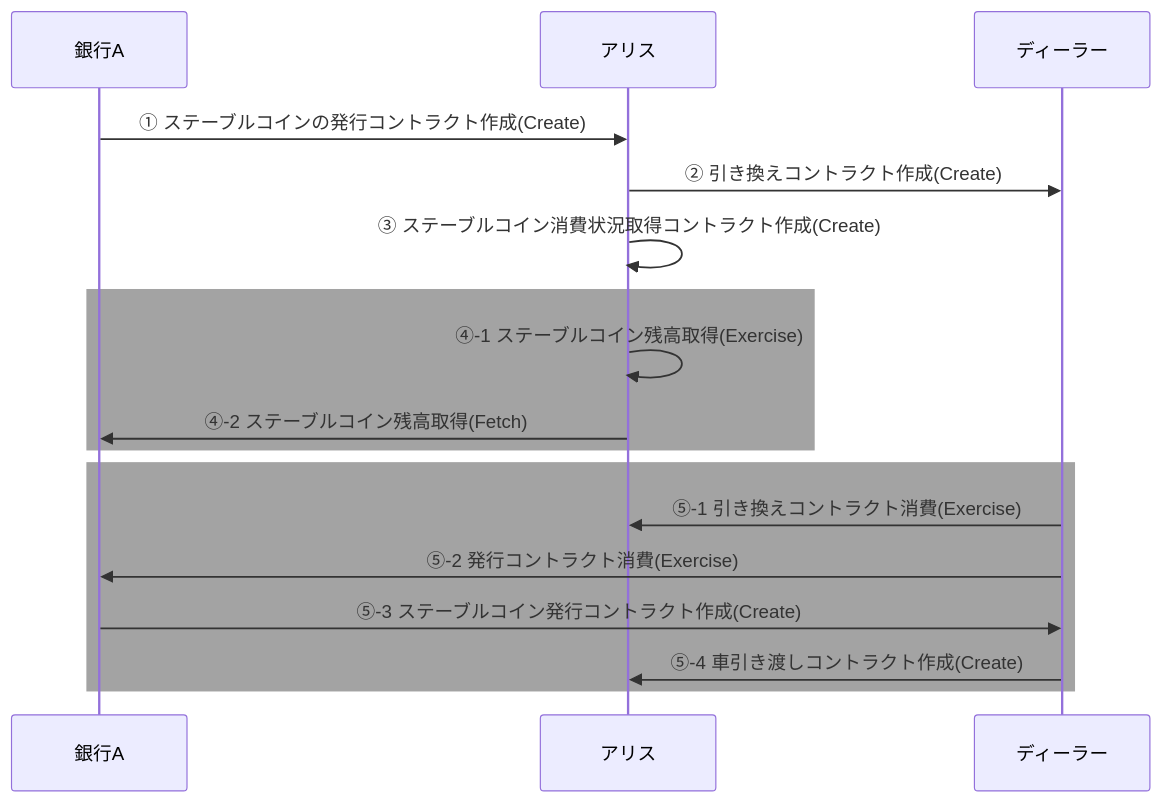
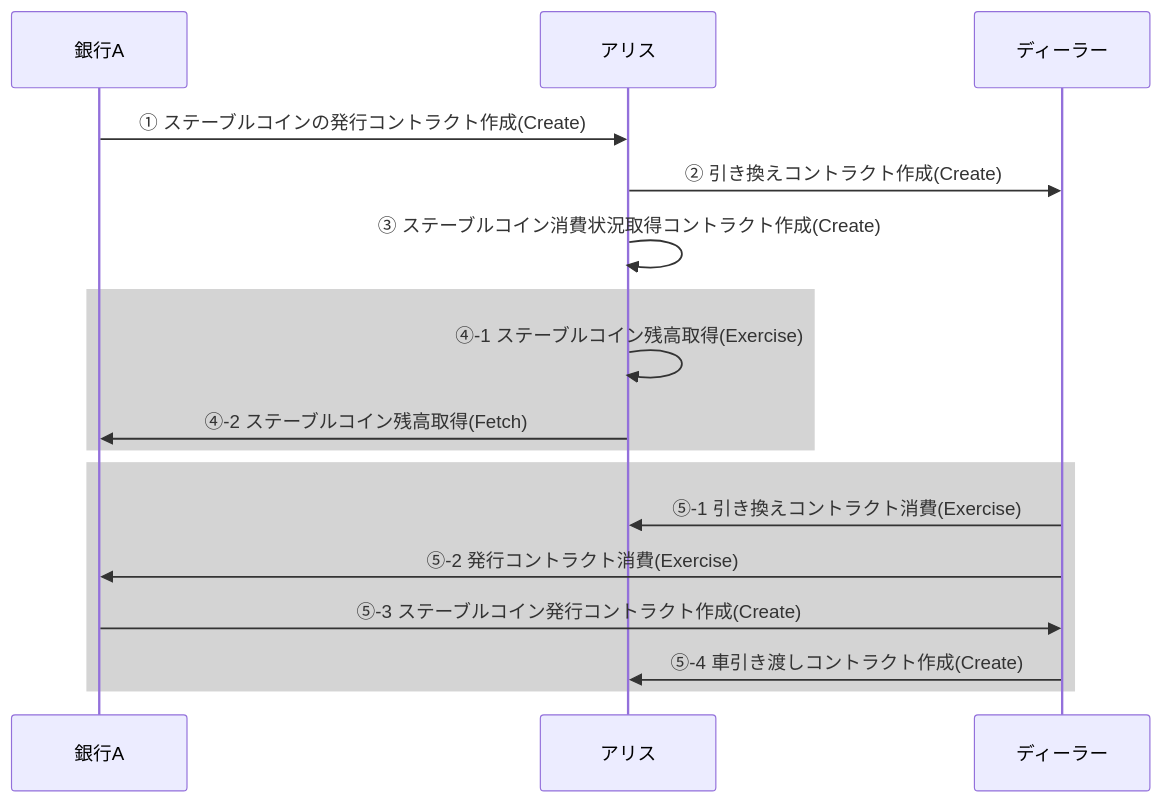
Before and after one commit to liray-unendlich/zenn-articles: the fourth of 7 diagrams in articles/canton-intro.md, drawn with Mermaid. The commit also changed other lines of this file, not shown here.

````diff
--- a/articles/canton-intro.md
+++ b/articles/canton-intro.md
@@ -363,38 +363,38 @@
 ```mermaid
 sequenceDiagram
     participant BankA as 銀行A
     participant Alice as アリス
     participant Dealer as ディーラー
 
     %% 1. 銀行Aがアリスにステーブルコインを発行するコントラクトを作成
     BankA ->> Alice: ① ステーブルコインの発行コントラクト作成(Create)
 
     %% 2. アリスが車と引き換えに送金するコントラクトを作成
     Alice ->> Dealer: ② 引き換えコントラクト作成(Create)
 
     %% 3. アリスが自身のステーブルコイン消費状況取得コントラクトを作成
     Alice ->> Alice: ③ ステーブルコイン消費状況取得コントラクト作成(Create)
 
 
     %% 4. アリスがステーブルコイン残高取得コントラクトを消費
-    rect rgba(163, 163, 163, 1)
+    rect rgba(212, 212, 212, 1)
     Alice ->> Alice: ④-1 ステーブルコイン残高取得(Exercise)
 
     %% 5. アリスが自身のステーブルコイン残高を取得
     Alice ->> BankA: ④-2 ステーブルコイン残高取得(Fetch)
     end
 
     %% 6. ディーラーが引き換えコントラクトを消費
-    rect rgba(163, 163, 163, 1)
+    rect rgba(212, 212, 212, 1)
     Dealer ->> Alice: ⑤-1 引き換えコントラクト消費(Exercise)
 
     %% 7. ディーラーが銀行A発行コントラクトを消費
     Dealer ->> BankA: ⑤-2 発行コントラクト消費(Exercise)
 
     %% 8. 銀行Aがディーラーにステーブルコインを発行するコントラクトを作成
     BankA ->> Dealer: ⑤-3 ステーブルコイン発行コントラクト作成(Create)
 
     %% 9. ディーラーが車引き渡しコントラクトを作成
     Dealer ->> Alice: ⑤-4 車引き渡しコントラクト作成(Create)
     end
 ```
````
